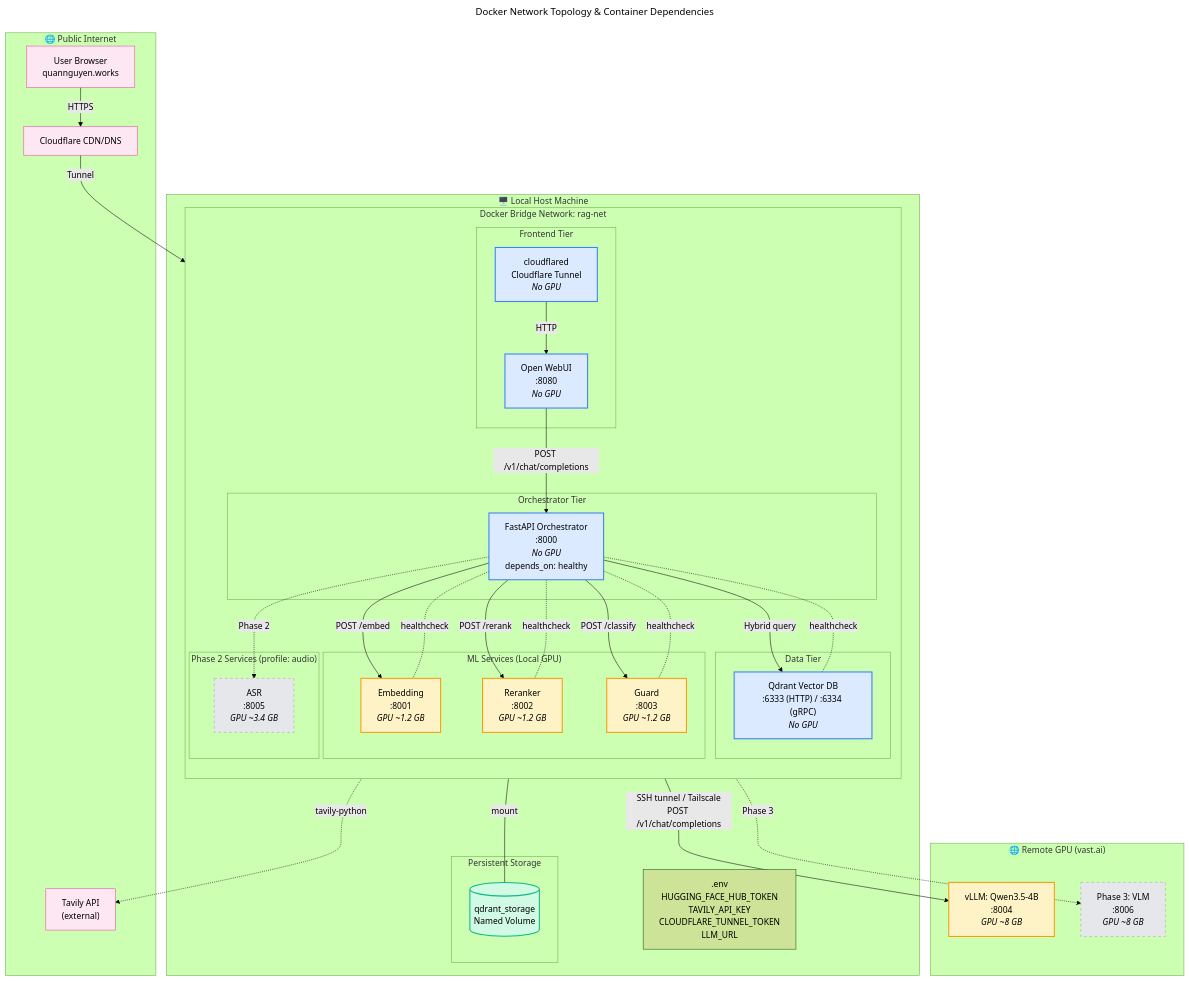
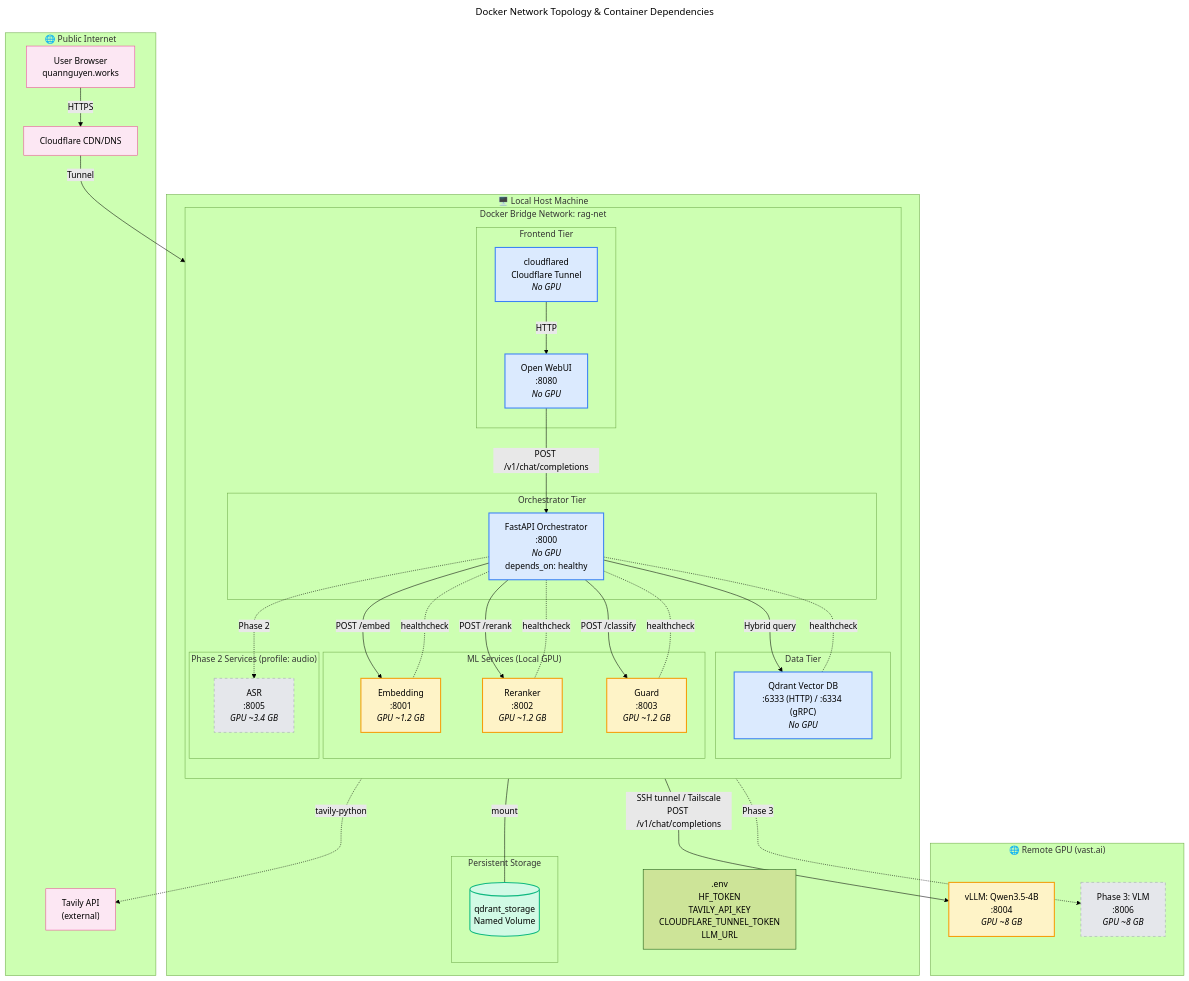
One commit to minhquana1906/Multimodal-Economic-RAG-Assistant changed the diagram in docs/diagrams/07_docker_network_topology.mmd. Above: the diagram before and after it, drawn with Mermaid (forest theme). The commit also changed 4 other files, not shown here.

Commit message:
chore: replace HUGGING_FACE_HUB_TOKEN with HF_TOKEN

```diff
--- a/docs/diagrams/07_docker_network_topology.mmd
+++ b/docs/diagrams/07_docker_network_topology.mmd
@@ -1,91 +1,91 @@
 ---
 title: "Docker Network Topology & Container Dependencies"
 ---
 graph TB
     subgraph PublicInternet["🌐 Public Internet"]
         USER["User Browser<br/>quannguyen.works"]
         CF["Cloudflare CDN/DNS"]
         TAVILY_API["Tavily API<br/>(external)"]
     end
 
     subgraph LocalHost["🖥️ Local Host Machine"]
         subgraph RagNet["Docker Bridge Network: rag-net"]
             direction TB
 
             subgraph FrontendTier["Frontend Tier"]
                 TUNNEL["cloudflared<br/>Cloudflare Tunnel<br/><i>No GPU</i>"]
                 WEBUI["Open WebUI<br/>:8080<br/><i>No GPU</i>"]
             end
 
             subgraph OrchestratorTier["Orchestrator Tier"]
                 ORCH["FastAPI Orchestrator<br/>:8000<br/><i>No GPU</i><br/>depends_on: healthy"]
             end
 
             subgraph DataTier["Data Tier"]
                 QDRANT["Qdrant Vector DB<br/>:6333 (HTTP) / :6334 (gRPC)<br/><i>No GPU</i>"]
             end
 
             subgraph MLTier["ML Services (Local GPU)"]
                 EMB["Embedding<br/>:8001<br/><i>GPU ~1.2 GB</i>"]
                 RERANK["Reranker<br/>:8002<br/><i>GPU ~1.2 GB</i>"]
                 GUARD["Guard<br/>:8003<br/><i>GPU ~1.2 GB</i>"]
             end
 
             subgraph Phase2Tier["Phase 2 Services (profile: audio)"]
                 ASR["ASR<br/>:8005<br/><i>GPU ~3.4 GB</i>"]
             end
         end
 
         subgraph Volumes["Persistent Storage"]
             QDRANT_VOL[("qdrant_storage<br/>Named Volume")]
         end
 
-        ENV[".env<br/>HUGGING_FACE_HUB_TOKEN<br/>TAVILY_API_KEY<br/>CLOUDFLARE_TUNNEL_TOKEN<br/>LLM_URL"]
+        ENV[".env<br/>HF_TOKEN<br/>TAVILY_API_KEY<br/>CLOUDFLARE_TUNNEL_TOKEN<br/>LLM_URL"]
     end
 
     subgraph RemoteGPU["🌐 Remote GPU (vast.ai)"]
         LLM_REMOTE["vLLM: Qwen3.5-4B<br/>:8004<br/><i>GPU ~8 GB</i>"]
         VLM_REMOTE["Phase 3: VLM<br/>:8006<br/><i>GPU ~8 GB</i>"]
     end
 
     %% Public connections
     USER -->|"HTTPS"| CF
     CF -->|"Tunnel"| TUNNEL
     TUNNEL -->|"HTTP"| WEBUI
 
     %% Internal connections
     WEBUI -->|"POST /v1/chat/completions"| ORCH
 
     %% Orchestrator to services
     ORCH -->|"POST /embed"| EMB
     ORCH -->|"POST /rerank"| RERANK
     ORCH -->|"POST /classify"| GUARD
     ORCH -->|"Hybrid query"| QDRANT
     ORCH -.->|"Phase 2"| ASR
     ORCH -.->|"tavily-python"| TAVILY_API
 
     %% Remote connections
     ORCH -->|"SSH tunnel / Tailscale<br/>POST /v1/chat/completions"| LLM_REMOTE
     ORCH -.->|"Phase 3"| VLM_REMOTE
 
     %% Storage
     QDRANT ---|"mount"| QDRANT_VOL
 
     %% Health check dependencies
     ORCH -.-|"healthcheck"| EMB
     ORCH -.-|"healthcheck"| RERANK
     ORCH -.-|"healthcheck"| GUARD
     ORCH -.-|"healthcheck"| QDRANT
 
     %% Styling
     classDef gpu fill:#fef3c7,stroke:#f59e0b,stroke-width:2px
     classDef nogpu fill:#dbeafe,stroke:#3b82f6,stroke-width:2px
     classDef future fill:#e5e7eb,stroke:#9ca3af,stroke-dasharray:5 5
     classDef external fill:#fce7f3,stroke:#ec4899
     classDef storage fill:#d1fae5,stroke:#10b981,stroke-width:2px
 
     class EMB,RERANK,GUARD,LLM_REMOTE gpu
     class TUNNEL,WEBUI,ORCH,QDRANT nogpu
     class ASR,VLM_REMOTE future
     class USER,CF,TAVILY_API external
     class QDRANT_VOL storage
```
